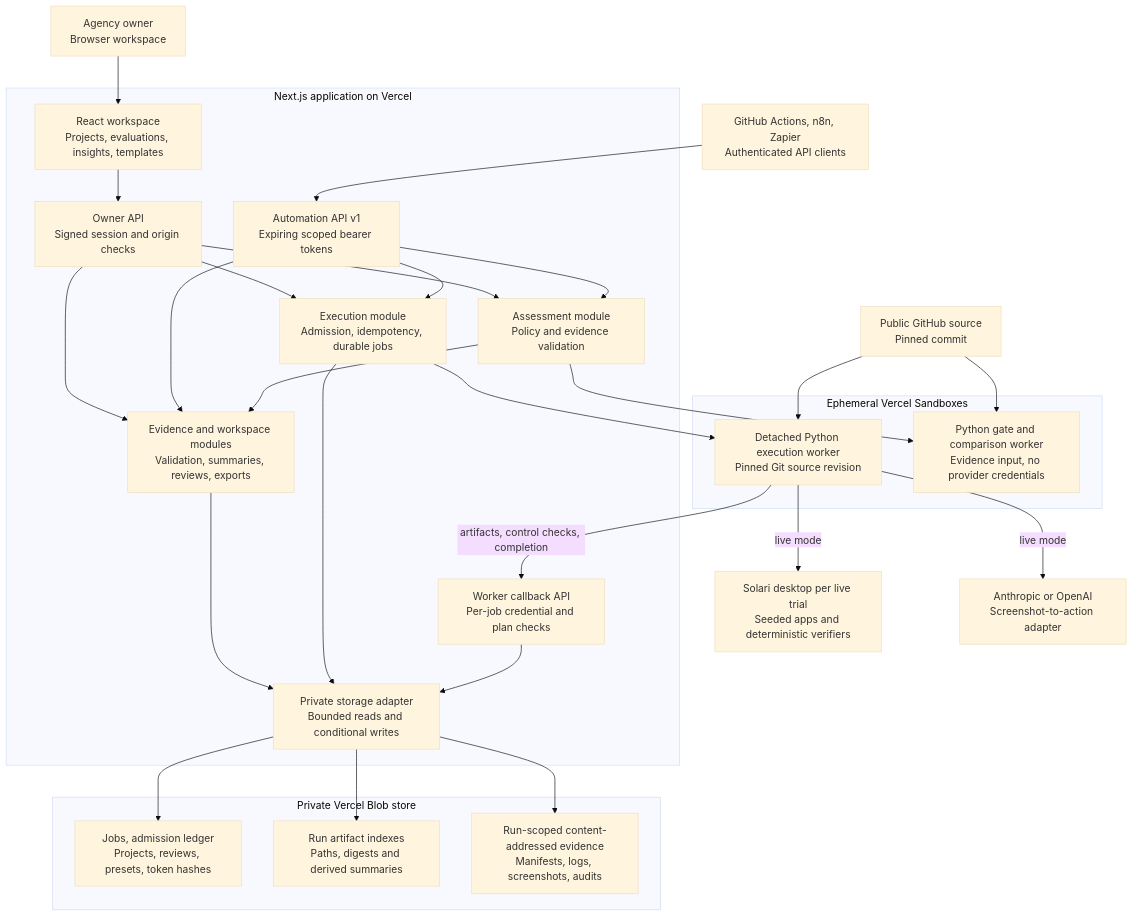
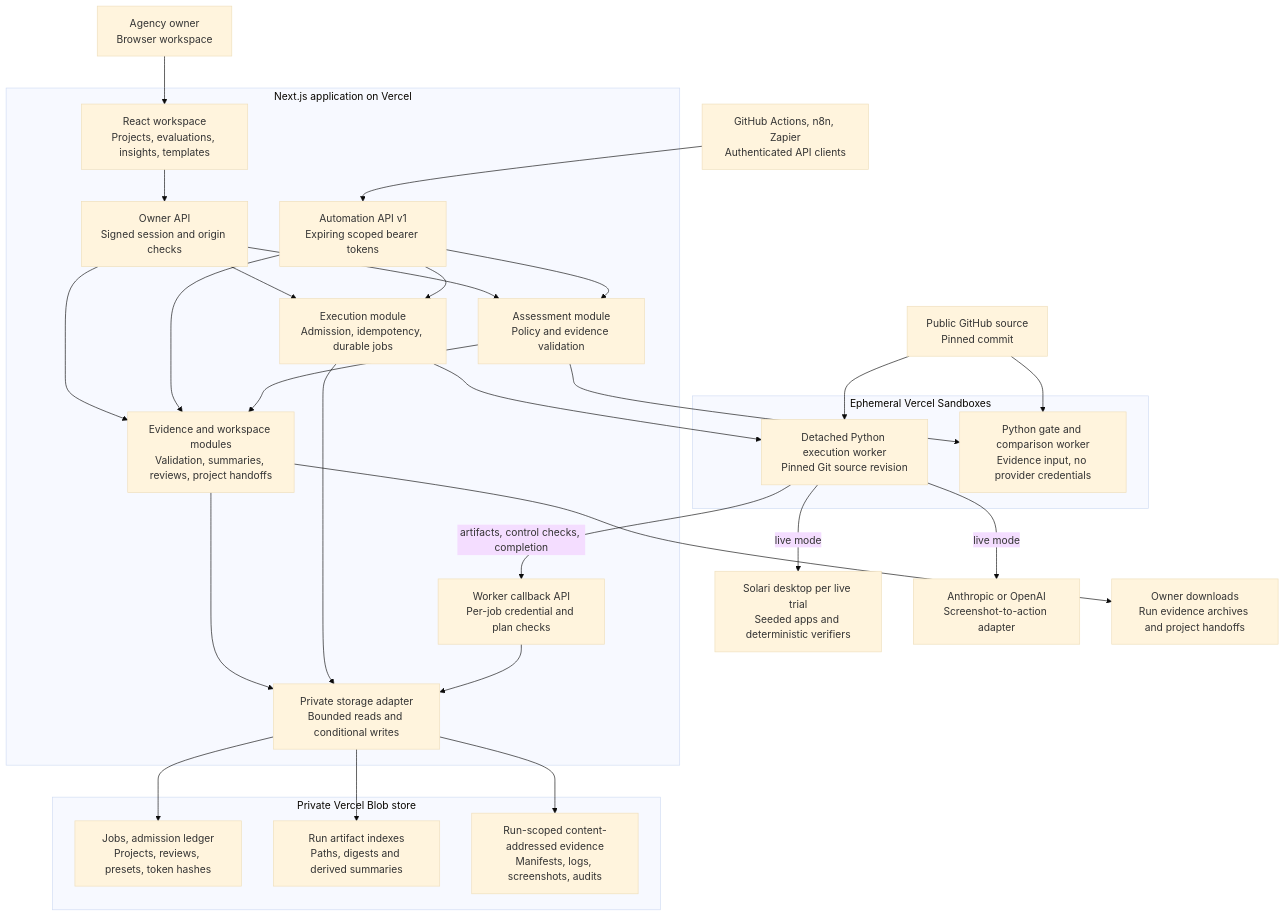
The first of 3 diagrams in docs/ARCHITECTURE.md (ChariPramod/Solaris), drawn with Mermaid (base theme) before and after one commit. The commit also changed other lines of this file and 35 other files, not shown here.

Commit message:
Add project handoff exports and reliable paginated execution visibility

````diff
--- a/docs/ARCHITECTURE.md
+++ b/docs/ARCHITECTURE.md
@@ -9,55 +9,57 @@
 ```mermaid
 flowchart TB
     Owner["Agency owner<br/>Browser workspace"]
     Integration["GitHub Actions, n8n, Zapier<br/>Authenticated API clients"]
 
     subgraph App["Next.js application on Vercel"]
         UI["React workspace<br/>Projects, evaluations, insights, templates"]
         OwnerAPI["Owner API<br/>Signed session and origin checks"]
         MachineAPI["Automation API v1<br/>Expiring scoped bearer tokens"]
-        Read["Evidence and workspace modules<br/>Validation, summaries, reviews, exports"]
+        Read["Evidence and workspace modules<br/>Validation, summaries, reviews, project handoffs"]
         Launch["Execution module<br/>Admission, idempotency, durable jobs"]
         Assess["Assessment module<br/>Policy and evidence validation"]
         Ingest["Worker callback API<br/>Per-job credential and plan checks"]
         Store["Private storage adapter<br/>Bounded reads and conditional writes"]
     end
 
     subgraph Durable["Private Vercel Blob store"]
         Metadata["Jobs, admission ledger<br/>Projects, reviews, presets, token hashes"]
         Indexes["Run artifact indexes<br/>Paths, digests and derived summaries"]
         Objects["Run-scoped content-addressed evidence<br/>Manifests, logs, screenshots, audits"]
     end
 
     subgraph Workers["Ephemeral Vercel Sandboxes"]
         Execution["Detached Python execution worker<br/>Pinned Git source revision"]
         Assessment["Python gate and comparison worker<br/>Evidence input, no provider credentials"]
     end
 
     Git["Public GitHub source<br/>Pinned commit"]
     Solari["Solari desktop per live trial<br/>Seeded apps and deterministic verifiers"]
     Models["Anthropic or OpenAI<br/>Screenshot-to-action adapter"]
+    Downloads["Owner downloads<br/>Run evidence archives and project handoffs"]
 
     Owner --> UI
     UI --> OwnerAPI
     Integration --> MachineAPI
     OwnerAPI --> Read
     OwnerAPI --> Launch
     OwnerAPI --> Assess
     MachineAPI --> Read
     MachineAPI --> Launch
     MachineAPI --> Assess
     Read --> Store
+    Read --> Downloads
     Launch --> Store
     Ingest --> Store
     Store --> Metadata
     Store --> Indexes
     Store --> Objects
     Launch --> Execution
     Git --> Execution
     Git --> Assessment
     Assess --> Read
     Assess --> Assessment
     Execution -->|"live mode"| Solari
     Execution -->|"live mode"| Models
     Execution -->|"artifacts, control checks, completion"| Ingest
 ```
````
